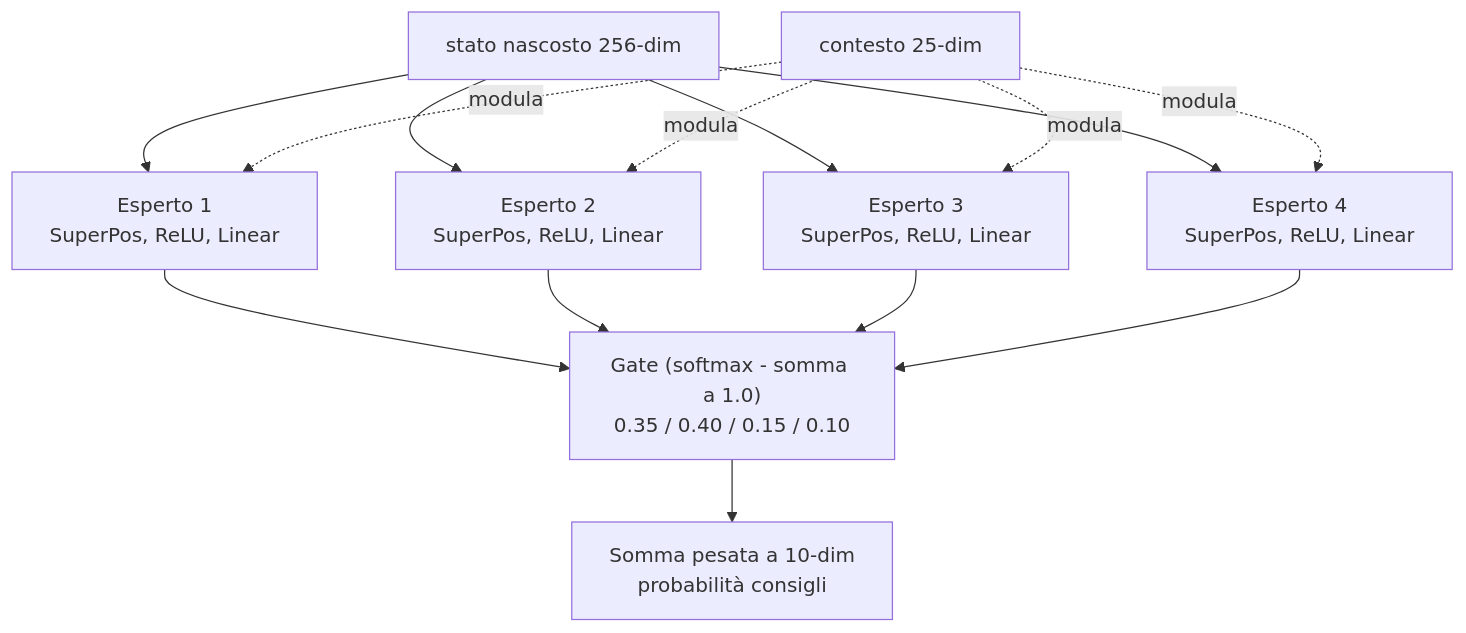
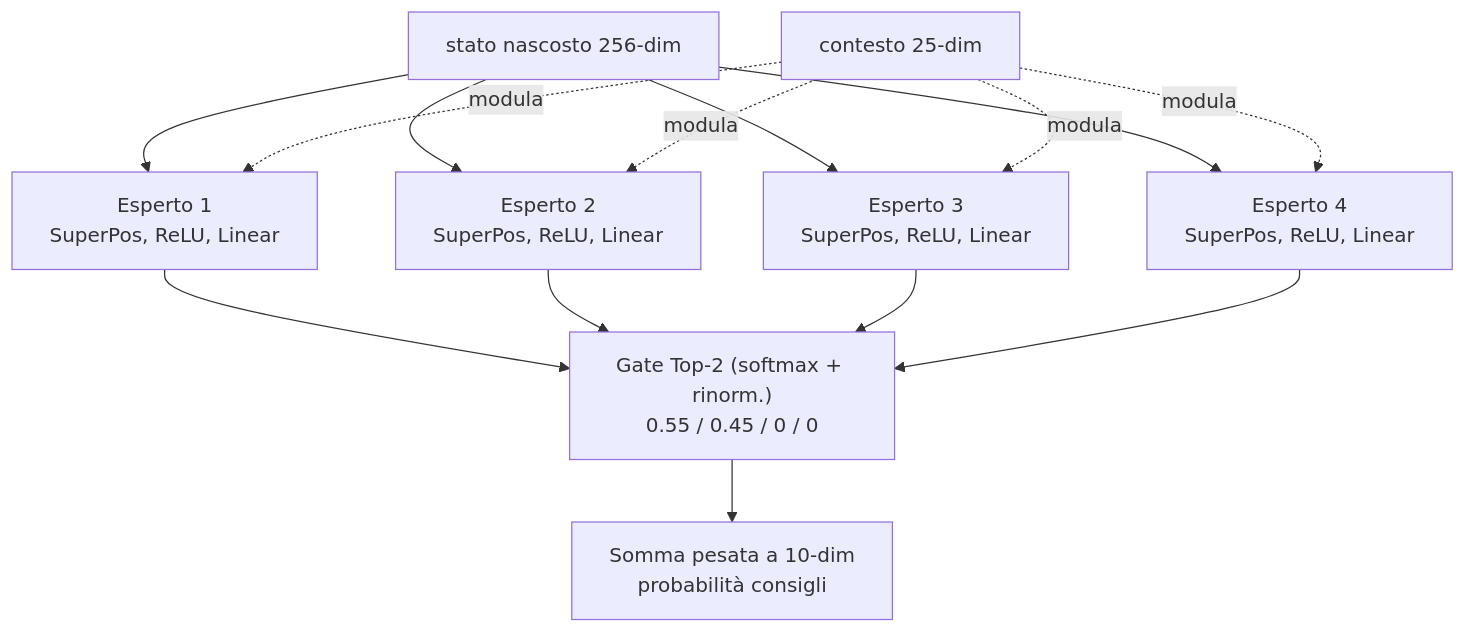
One commit to renanaugustomacena-ux/Counter-Strike-coach-AI changed the fifth of 16 diagrams in docs/books/Book-Coach-1B.md. Above: the diagram before and after it, drawn with Mermaid. The commit also changed other lines of this file and 4 other files, not shown here.

````diff
--- a/docs/books/Book-Coach-1B.md
+++ b/docs/books/Book-Coach-1B.md
@@ -217,17 +214,17 @@
 ```mermaid
 flowchart TB
     IN["stato nascosto 256-dim"]
     IN --> E1["Esperto 1<br/>SuperPos, ReLU, Linear"]
     IN --> E2["Esperto 2<br/>SuperPos, ReLU, Linear"]
     IN --> E3["Esperto 3<br/>SuperPos, ReLU, Linear"]
     IN --> E4["Esperto 4<br/>SuperPos, ReLU, Linear"]
     CTX["contesto 25-dim"] -.->|"modula"| E1
     CTX -.->|"modula"| E2
     CTX -.->|"modula"| E3
     CTX -.->|"modula"| E4
-    E1 --> GATE["Gate (softmax - somma a 1.0)<br/>0.35 / 0.40 / 0.15 / 0.10"]
+    E1 --> GATE["Gate Top-2 (softmax + rinorm.)<br/>0.55 / 0.45 / 0 / 0"]
     E2 --> GATE
     E3 --> GATE
     E4 --> GATE
     GATE --> OUT["Somma pesata a 10-dim<br/>probabilità consigli"]
 ```
````
